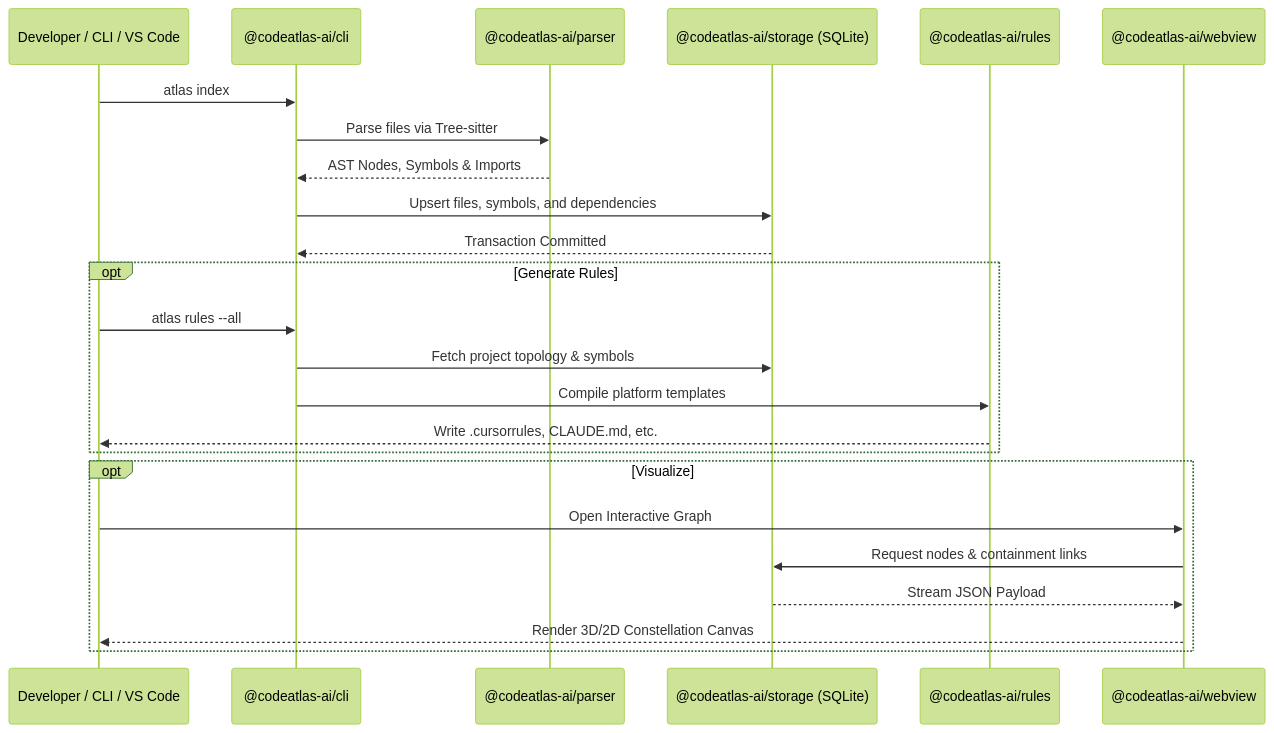
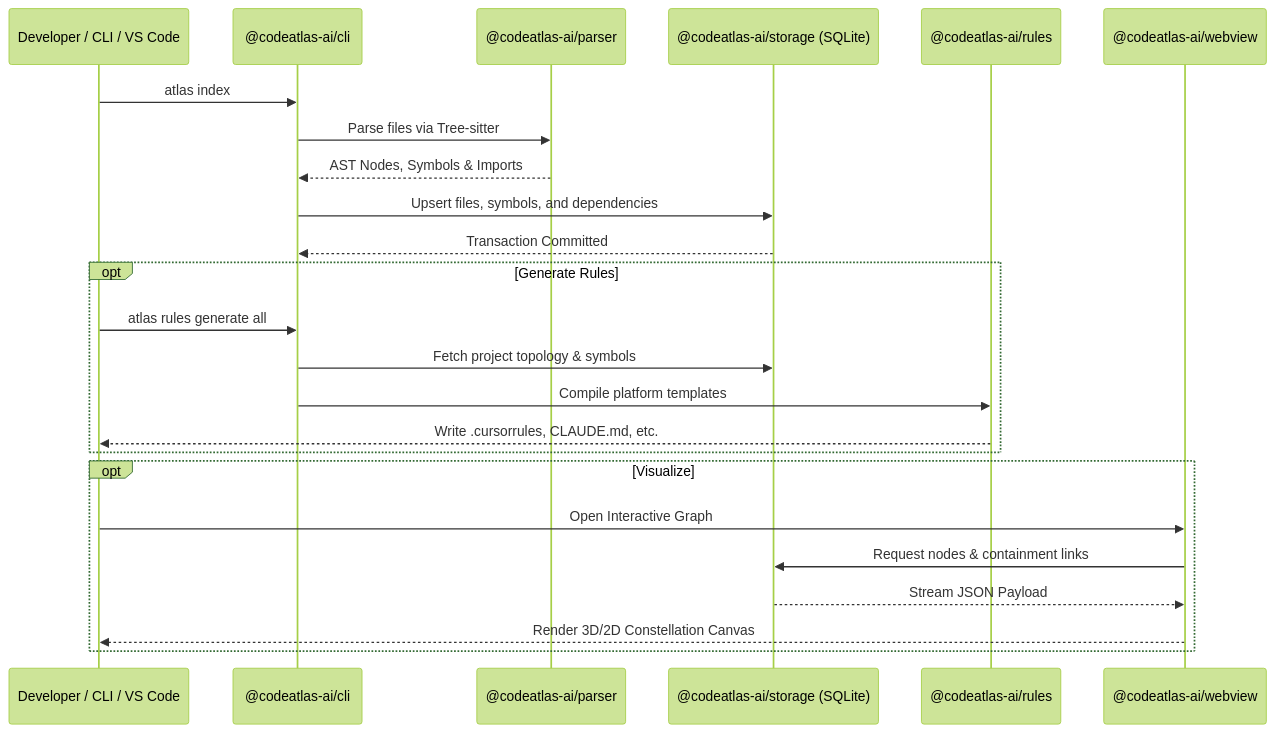
The diagram in apps/docs/guide/architecture.md (shditz/codeatlas), drawn with Mermaid (forest theme) before and after one commit. The commit also changed other lines of this file and 65 other files, not shown here.

````diff
--- a/apps/docs/guide/architecture.md
+++ b/apps/docs/guide/architecture.md
@@ -31,29 +31,29 @@
 ```mermaid
 sequenceDiagram
     participant User as Developer / CLI / VS Code
     participant CLI as @codeatlas-ai/cli
     participant Parser as @codeatlas-ai/parser
     participant Storage as @codeatlas-ai/storage (SQLite)
     participant Rules as @codeatlas-ai/rules
     participant Webview as @codeatlas-ai/webview
 
     User->>CLI: atlas index
     CLI->>Parser: Parse files via Tree-sitter
     Parser-->>CLI: AST Nodes, Symbols & Imports
     CLI->>Storage: Upsert files, symbols, and dependencies
     Storage-->>CLI: Transaction Committed
 
     opt Generate Rules
-        User->>CLI: atlas rules --all
+        User->>CLI: atlas rules generate all
         CLI->>Storage: Fetch project topology & symbols
         CLI->>Rules: Compile platform templates
         Rules-->>User: Write .cursorrules, CLAUDE.md, etc.
     end
 
     opt Visualize
         User->>Webview: Open Interactive Graph
         Webview->>Storage: Request nodes & containment links
         Storage-->>Webview: Stream JSON Payload
         Webview-->>User: Render 3D/2D Constellation Canvas
     end
 ```
````
